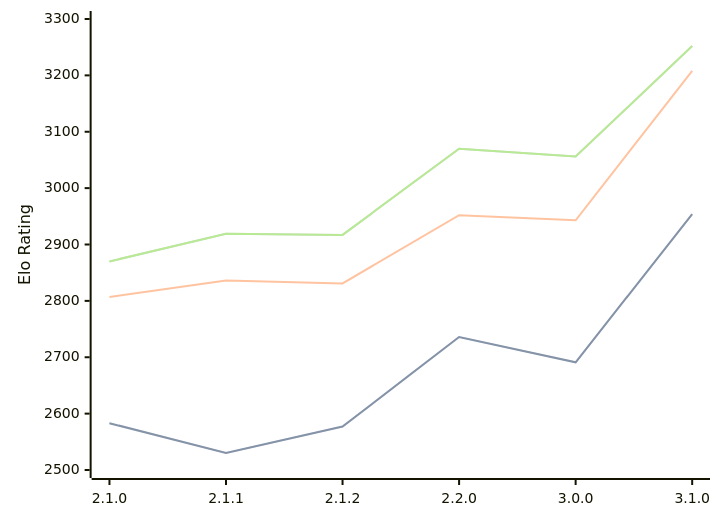
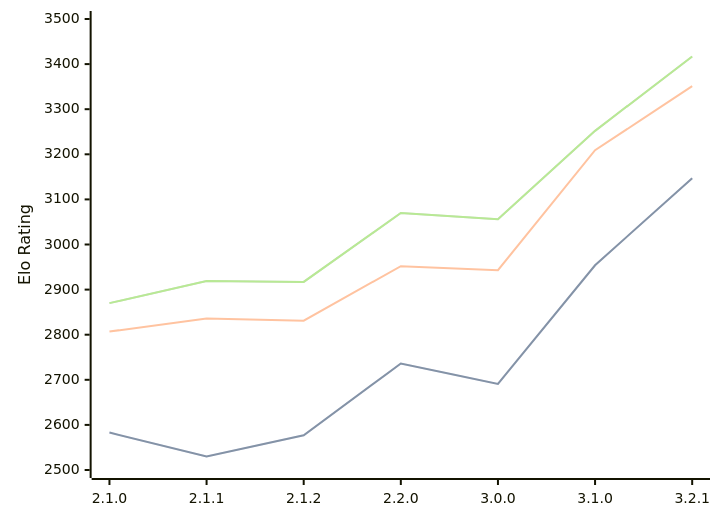
One commit to computer-chess-index/cci changed the diagram in engines/Prune.md. Above: the diagram before and after it, drawn with Mermaid. The commit also changed other lines of this file, not shown here.

Commit message:
Update CCI Ratings (ELO VLTC) - 2026-02-26

````diff
--- a/engines/Prune.md
+++ b/engines/Prune.md
@@ -40,11 +40,11 @@
 ```mermaid
 %%{init: {"theme":"base","themeVariables":{"seriesColors:['#a3a3a3','#222221','#faa371']}}}%%
 xychart-beta
-  x-axis ["2.1.0", "2.1.1", "2.1.2", "2.2.0", "3.0.0", "3.1.0"]
-  y-axis "Elo Rating" 2500 --> 3300
-  line "STC (8.0+0.08s)" [2583, 2530, 2577, 2736, 2691, 2954]
-  line "STC (8.0+0.08s)" [2583, 2530, 2577, 2736, 2691, 2954]
-  line "LTC (60.0+0.60s)" [2807, 2836, 2831, 2952, 2943, 3208]
-  line "VLTC (2m24s+1.12s)" [2870, 2919, 2917, 3070, 3056, 3252]
-  line "VLTC (2m24s+1.12s)" [2870, 2919, 2917, 3070, 3056, 3252]
+  x-axis ["2.1.0", "2.1.1", "2.1.2", "2.2.0", "3.0.0", "3.1.0", "3.2.1"]
+  y-axis "Elo Rating" 2500 --> 3500
+  line "STC (8.0+0.08s)" [2583, 2530, 2577, 2736, 2691, 2954, 3147]
+  line "STC (8.0+0.08s)" [2583, 2530, 2577, 2736, 2691, 2954, 3147]
+  line "LTC (60.0+0.60s)" [2807, 2836, 2831, 2952, 2943, 3209, 3351]
+  line "VLTC (2m24s+1.12s)" [2870, 2919, 2917, 3070, 3056, 3252, 3417]
+  line "VLTC (2m24s+1.12s)" [2870, 2919, 2917, 3070, 3056, 3252, 3417]
 ```
````
